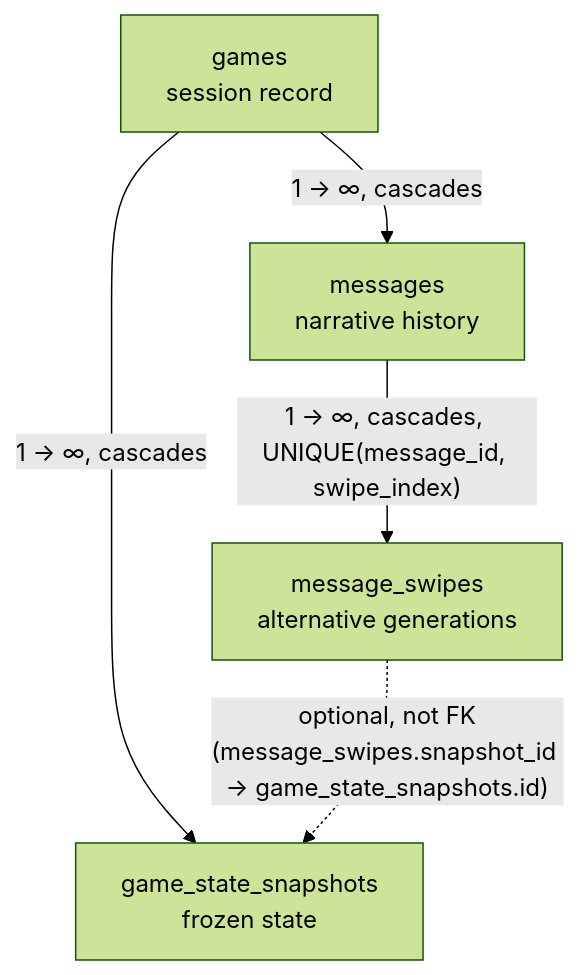
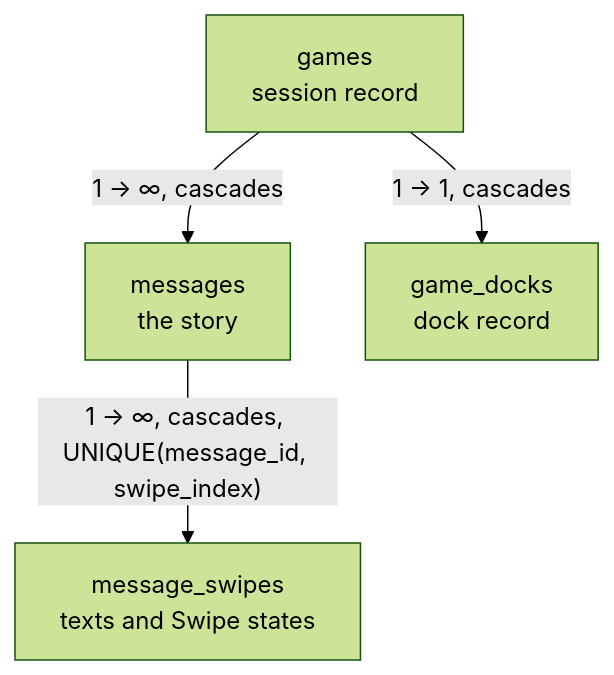
Before and after one commit to notsonormal/chronicler-engine: the first of 2 diagrams in docs/diataxis/reference/storage.md, drawn with Mermaid (forest theme). The commit also changed other lines of this file and 38 other files, not shown here.

````diff
--- a/docs/diataxis/reference/storage.md
+++ b/docs/diataxis/reference/storage.md
@@ -95,12 +106,11 @@
 ```mermaid
 flowchart TD
     games["games<br/>session record"]
-    snapshots["game_state_snapshots<br/>frozen state"]
-    messages["messages<br/>narrative history"]
-    swipes["message_swipes<br/>alternative generations"]
+    messages["messages<br/>the story"]
+    swipes["message_swipes<br/>texts and Swipe states"]
+    docks["game_docks<br/>dock record"]
 
-    games -->|"1 → ∞, cascades"| snapshots
     games -->|"1 → ∞, cascades"| messages
+    games -->|"1 → 1, cascades"| docks
     messages -->|"1 → ∞, cascades, UNIQUE(message_id, swipe_index)"| swipes
-    swipes -.->|"optional, not FK<br/>(message_swipes.snapshot_id → game_state_snapshots.id)"| snapshots
 ```
````
